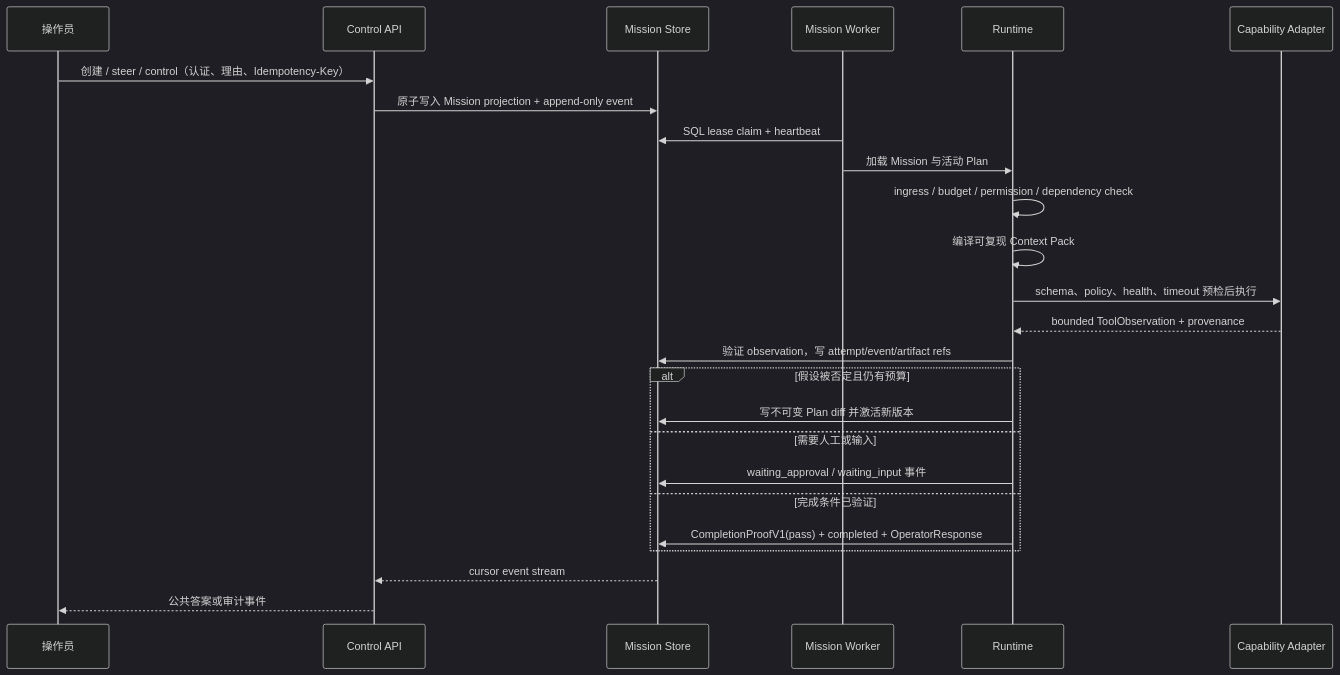
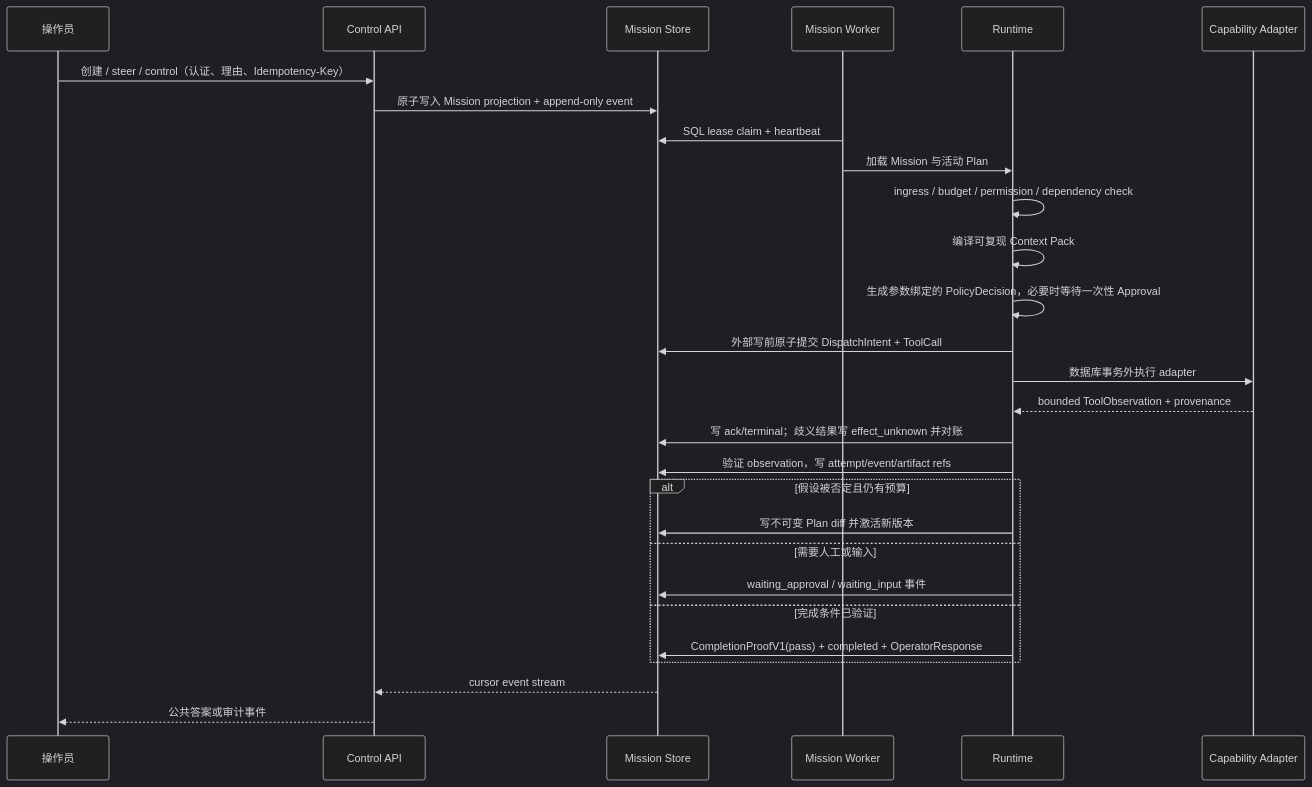
The second of 2 diagrams in docs/architecture/33-system-architecture.md (Shadowell/HyperTrade), drawn with Mermaid (dark theme) before and after one commit. The commit also changed other lines of this file and 17 other files, not shown here.

Commit message:
feat: add approval and effect reconciliation protocol

```diff
--- a/docs/architecture/33-system-architecture.md
+++ b/docs/architecture/33-system-architecture.md
@@ -109,28 +109,31 @@
 ~~~mermaid
 sequenceDiagram
   participant O as 操作员
   participant C as Control API
   participant S as Mission Store
   participant W as Mission Worker
   participant R as Runtime
   participant X as Capability Adapter
 
   O->>C: 创建 / steer / control（认证、理由、Idempotency-Key）
   C->>S: 原子写入 Mission projection + append-only event
   W->>S: SQL lease claim + heartbeat
   W->>R: 加载 Mission 与活动 Plan
   R->>R: ingress / budget / permission / dependency check
   R->>R: 编译可复现 Context Pack
-  R->>X: schema、policy、health、timeout 预检后执行
+  R->>R: 生成参数绑定的 PolicyDecision，必要时等待一次性 Approval
+  R->>S: 外部写前原子提交 DispatchIntent + ToolCall
+  R->>X: 数据库事务外执行 adapter
   X-->>R: bounded ToolObservation + provenance
+  R->>S: 写 ack/terminal；歧义结果写 effect_unknown 并对账
   R->>S: 验证 observation，写 attempt/event/artifact refs
   alt 假设被否定且仍有预算
     R->>S: 写不可变 Plan diff 并激活新版本
   else 需要人工或输入
     R->>S: waiting_approval / waiting_input 事件
   else 完成条件已验证
     R->>S: CompletionProofV1(pass) + completed + OperatorResponse
   end
   S-->>C: cursor event stream
   C-->>O: 公共答案或审计事件
 ~~~
```
